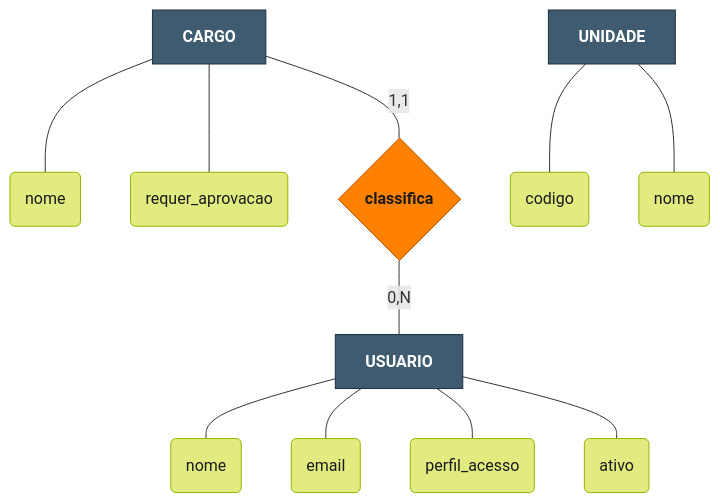
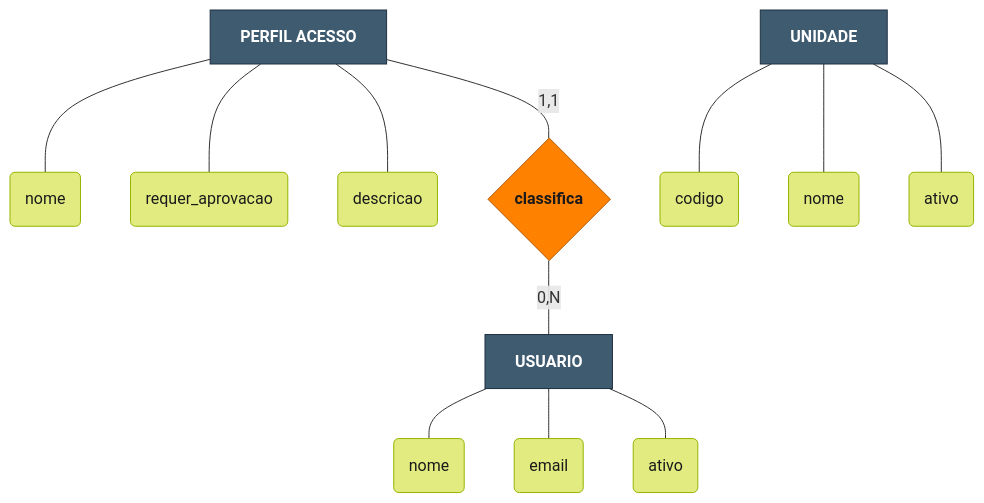
The second of 3 diagrams in documentos/wad.md (williamjrmaia/M-dulo-2---Aplica-o-Web-Atvos-), drawn with Mermaid before and after one commit. The commit also changed other lines of this file, not shown here.

````diff
--- a/documentos/wad.md
+++ b/documentos/wad.md
@@ -1189,32 +1202,34 @@
 ```mermaid
 flowchart TB
     classDef entity fill:#3F5B70,stroke:#1e3040,color:#fff,font-weight:bold
     classDef rel fill:#FF8100,stroke:#b35a00,color:#1a1a1a,font-weight:bold
     classDef attr fill:#E1EB80,stroke:#96B400,color:#1a1a1a
 
     USUA[USUARIO]:::entity
-    CARG[CARGO]:::entity
+    PERF[PERFIL ACESSO]:::entity
     UNID[UNIDADE]:::entity
 
     u1(nome):::attr
     u2(email):::attr
-    u3(perfil_acesso):::attr
-    u4(ativo):::attr
+    u3(ativo):::attr
     USUA --- u1
     USUA --- u2
     USUA --- u3
-    USUA --- u4
 
-    c1(nome):::attr
-    c2(requer_aprovacao):::attr
-    CARG --- c1
-    CARG --- c2
+    pf1(nome):::attr
+    pf2(requer_aprovacao):::attr
+    pf3(descricao):::attr
+    PERF --- pf1
+    PERF --- pf2
+    PERF --- pf3
 
     un1(codigo):::attr
     un2(nome):::attr
+    un3(ativo):::attr
     UNID --- un1
     UNID --- un2
+    UNID --- un3
 
     Rclass{classifica}:::rel
-    CARG -- "1,1" --- Rclass -- "0,N" --- USUA
+    PERF -- "1,1" --- Rclass -- "0,N" --- USUA
 ```
````
